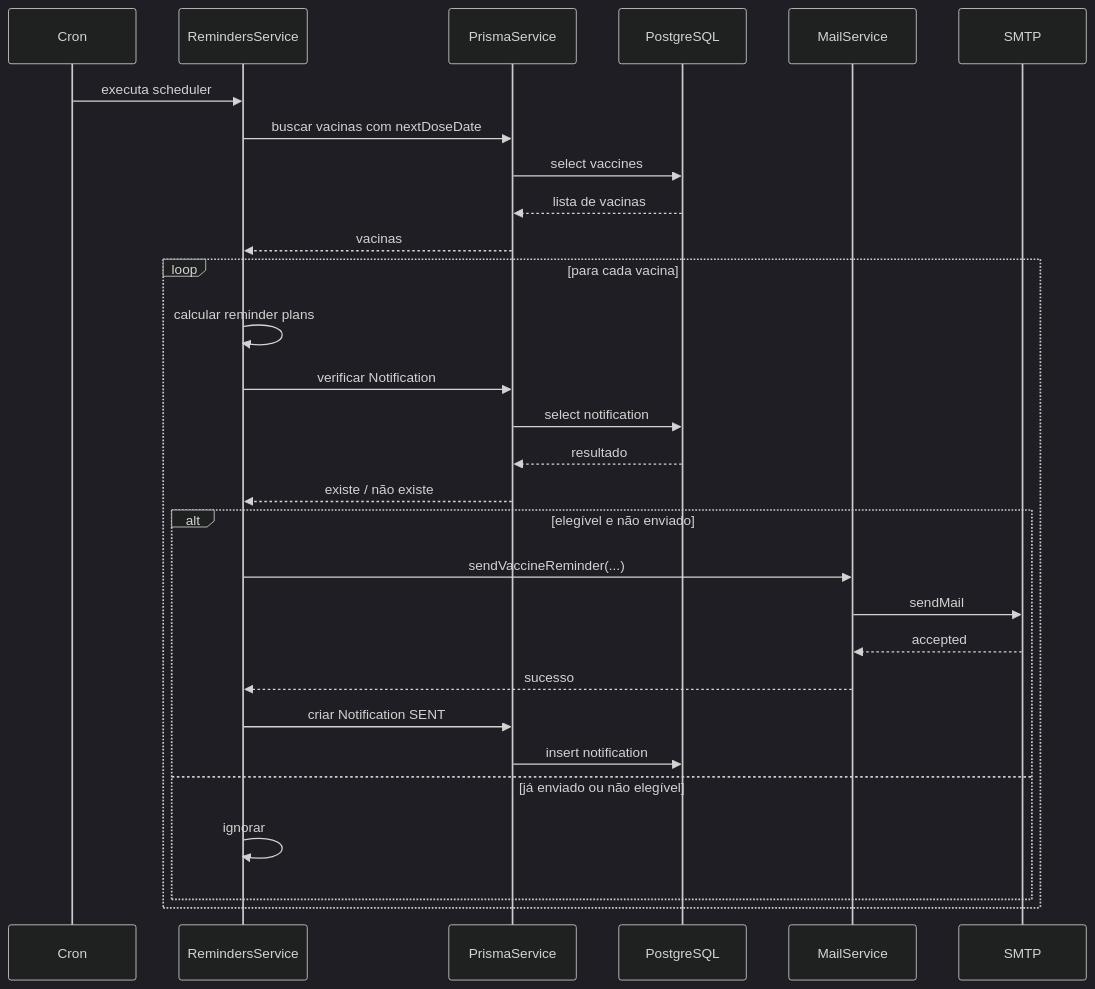
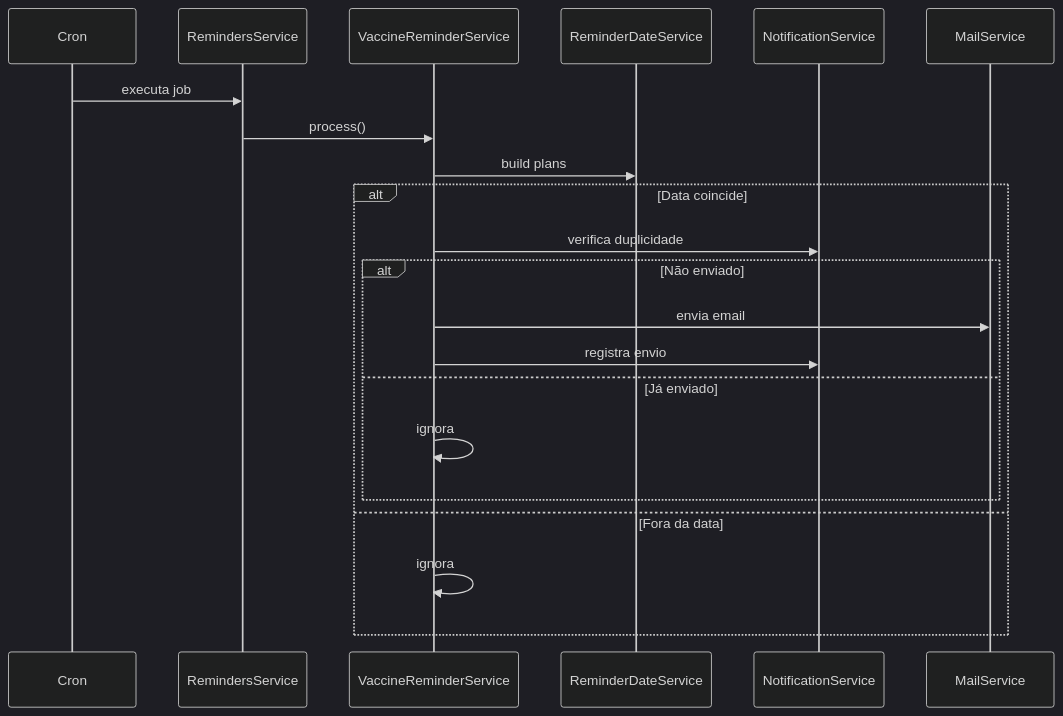
One commit to AysllaGomes/pet-health-api changed the fifth of 8 diagrams in docs/diagrams.md. Above: the diagram before and after it, drawn with Mermaid (dark theme). The commit also changed other lines of this file and 4 other files, not shown here.

Commit message:
refactor(reminders): improve separation of concerns and add diagrams and architecture docs

````diff
--- a/docs/diagrams.md
+++ b/docs/diagrams.md
@@ -260,34 +105,26 @@
 ```mermaid
 sequenceDiagram
     participant Cron
     participant RemindersService
-    participant PrismaService
-    participant PostgreSQL
+    participant VaccineReminderService
+    participant ReminderDateService
+    participant NotificationService
     participant MailService
-    participant SMTP
 
-    Cron->>RemindersService: executa scheduler
-    RemindersService->>PrismaService: buscar vacinas com nextDoseDate
-    PrismaService->>PostgreSQL: select vaccines
-    PostgreSQL-->>PrismaService: lista de vacinas
-    PrismaService-->>RemindersService: vacinas
+    Cron->>RemindersService: executa job
+    RemindersService->>VaccineReminderService: process()
 
-    loop para cada vacina
-        RemindersService->>RemindersService: calcular reminder plans
-        RemindersService->>PrismaService: verificar Notification
-        PrismaService->>PostgreSQL: select notification
-        PostgreSQL-->>PrismaService: resultado
-        PrismaService-->>RemindersService: existe / não existe
+    VaccineReminderService->>ReminderDateService: build plans
 
-        alt elegível e não enviado
-            RemindersService->>MailService: sendVaccineReminder(...)
-            MailService->>SMTP: sendMail
-            SMTP-->>MailService: accepted
-            MailService-->>RemindersService: sucesso
-            RemindersService->>PrismaService: criar Notification SENT
-            PrismaService->>PostgreSQL: insert notification
-        else já enviado ou não elegível
-            RemindersService->>RemindersService: ignorar
+    alt Data coincide
+        VaccineReminderService->>NotificationService: verifica duplicidade
+        alt Não enviado
+            VaccineReminderService->>MailService: envia email
+            VaccineReminderService->>NotificationService: registra envio
+        else Já enviado
+            VaccineReminderService->>VaccineReminderService: ignora
         end
+    else Fora da data
+        VaccineReminderService->>VaccineReminderService: ignora
     end
 ```
````
